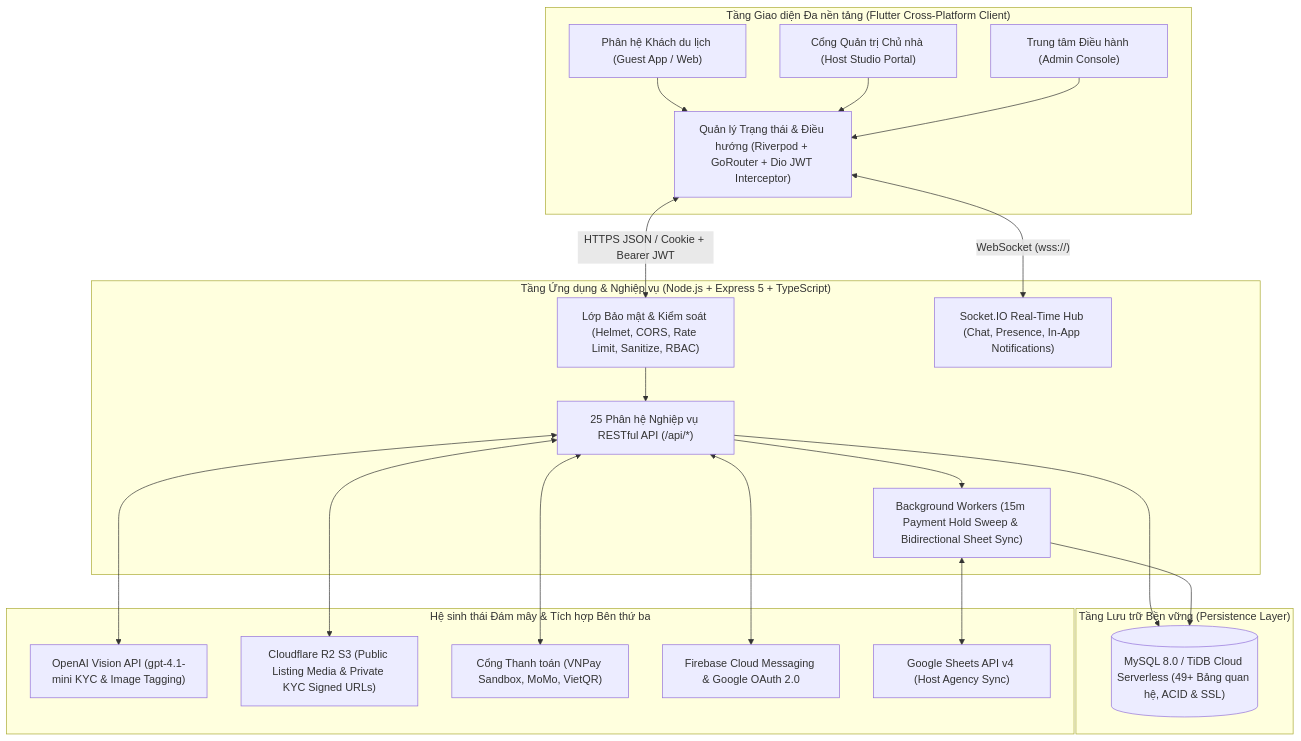
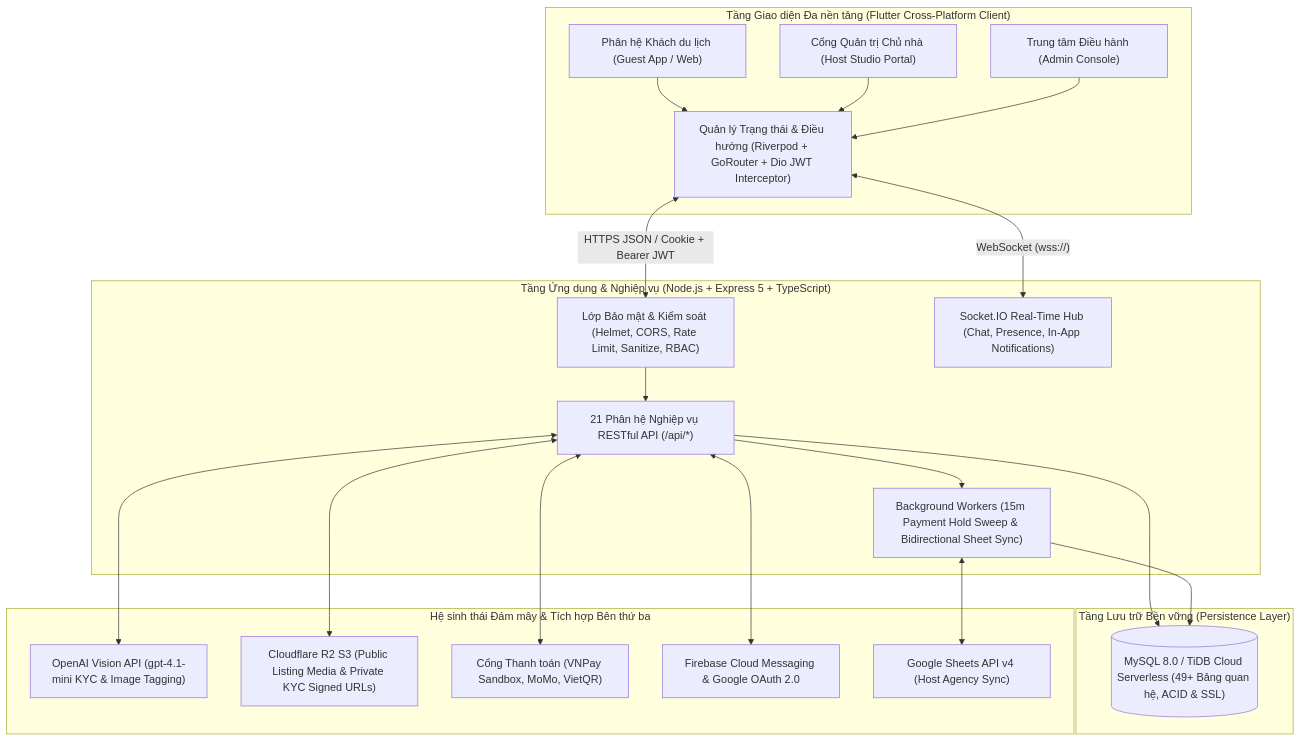
Before and after one commit to DangKimAn/Software-Project-Management: the first of 3 diagrams in README.md, drawn with Mermaid. The commit also changed other lines of this file and 600 other files, not shown here.

````diff
--- a/README.md
+++ b/README.md
@@ -87,43 +87,43 @@
 ```mermaid
 flowchart TB
     subgraph ClientLayer["Tầng Giao diện Đa nền tảng (Flutter Cross-Platform Client)"]
         GuestUI["Phân hệ Khách du lịch (Guest App / Web)"]
         HostUI["Cổng Quản trị Chủ nhà (Host Studio Portal)"]
         AdminUI["Trung tâm Điều hành (Admin Console)"]
         StateDI["Quản lý Trạng thái & Điều hướng (Riverpod + GoRouter + Dio JWT Interceptor)"]
         GuestUI --> StateDI
         HostUI --> StateDI
         AdminUI --> StateDI
     end
 
     subgraph ServerLayer["Tầng Ứng dụng & Nghiệp vụ (Node.js + Express 5 + TypeScript)"]
         SecMW["Lớp Bảo mật & Kiểm soát (Helmet, CORS, Rate Limit, Sanitize, RBAC)"]
-        REST["25 Phân hệ Nghiệp vụ RESTful API (/api/*)"]
+        REST["21 Phân hệ Nghiệp vụ RESTful API (/api/*)"]
         SocketHub["Socket.IO Real-Time Hub (Chat, Presence, In-App Notifications)"]
         Workers["Background Workers (15m Payment Hold Sweep & Bidirectional Sheet Sync)"]
         SecMW --> REST
         REST --> Workers
     end
 
     subgraph DataLayer["Tầng Lưu trữ Bền vững (Persistence Layer)"]
         MySQL[("MySQL 8.0 / TiDB Cloud Serverless (49+ Bảng quan hệ, ACID & SSL)")]
     end
 
     subgraph CloudEcosystem["Hệ sinh thái Đám mây & Tích hợp Bên thứ ba"]
         OpenAI["OpenAI Vision API (gpt-4.1-mini KYC & Image Tagging)"]
         R2["Cloudflare R2 S3 (Public Listing Media & Private KYC Signed URLs)"]
         PayGW["Cổng Thanh toán (VNPay Sandbox, MoMo, VietQR)"]
         FCM["Firebase Cloud Messaging & Google OAuth 2.0"]
         GSheets["Google Sheets API v4 (Host Agency Sync)"]
     end
 
     StateDI <-->|"HTTPS JSON / Cookie + Bearer JWT"| SecMW
     StateDI <-->|"WebSocket (wss://)"| SocketHub
     REST --> MySQL
     Workers --> MySQL
     REST <--> OpenAI
     REST <--> R2
     REST <--> PayGW
     REST <--> FCM
     Workers <--> GSheets
 ```
````
